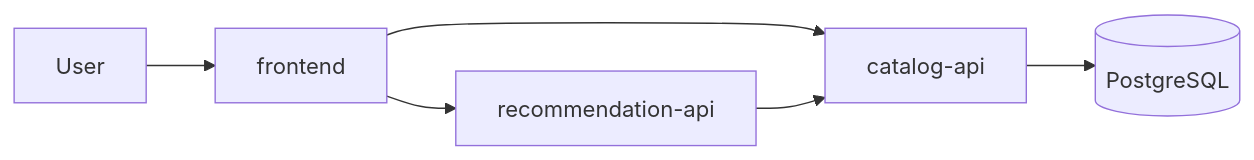
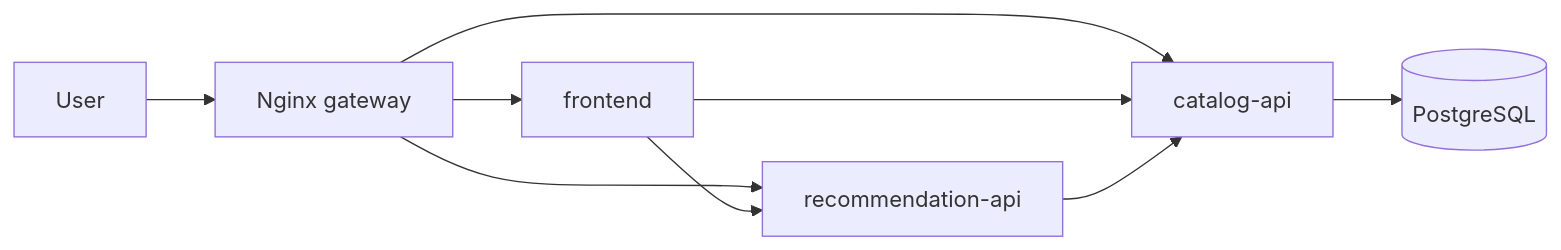
One commit to Leotaxx/recipes changed the diagram in README.md. Above: the diagram before and after it, drawn with Mermaid. The commit also changed other lines of this file and 5 other files, not shown here.

````diff
--- a/README.md
+++ b/README.md
@@ -64,8 +18,11 @@
 ```mermaid
 flowchart LR
-  User[User] --> FE[frontend]
-  FE --> Catalog[catalog-api]
-  FE --> Recs[recommendation-api]
+  User["User"] --> Nginx["Nginx gateway"]
+  Nginx --> FE["frontend"]
+  Nginx --> Catalog["catalog-api"]
+  Nginx --> Recs["recommendation-api"]
+  FE --> Catalog
+  FE --> Recs
   Recs --> Catalog
-  Catalog --> DB[(PostgreSQL)]
+  Catalog --> DB[("PostgreSQL")]
 ```
````
